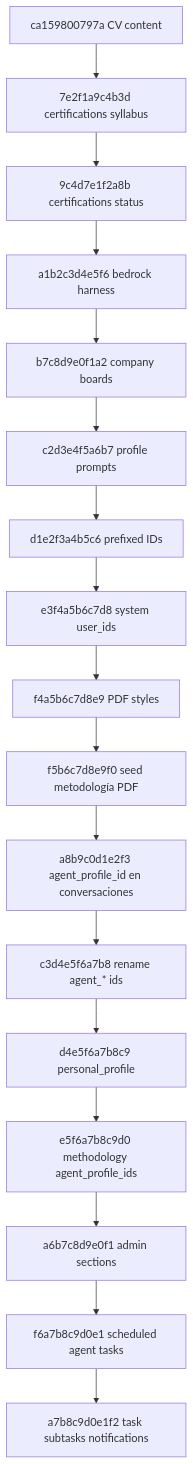
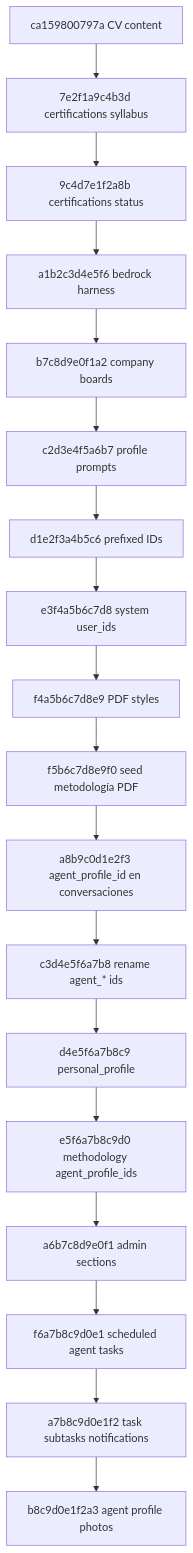
One commit to cjhirashi/cjhirashi-career changed the diagram in cjhirashi-career-api/alembic/versions/README.md. Above: the diagram before and after it, drawn with Mermaid. The commit also changed other lines of this file and 32 other files, not shown here.

````diff
--- a/cjhirashi-career-api/alembic/versions/README.md
+++ b/cjhirashi-career-api/alembic/versions/README.md
@@ -7,19 +7,20 @@
 ```mermaid
 flowchart TD
     A[ca159800797a CV content] --> B[7e2f1a9c4b3d certifications syllabus]
     B --> C[9c4d7e1f2a8b certifications status]
     C --> D[a1b2c3d4e5f6 bedrock harness]
     D --> E[b7c8d9e0f1a2 company boards]
     E --> F[c2d3e4f5a6b7 profile prompts]
     F --> G[d1e2f3a4b5c6 prefixed IDs]
     G --> H[e3f4a5b6c7d8 system user_ids]
     H --> I[f4a5b6c7d8e9 PDF styles]
     I --> J[f5b6c7d8e9f0 seed metodología PDF]
     J --> K[a8b9c0d1e2f3 agent_profile_id en conversaciones]
     K --> L[c3d4e5f6a7b8 rename agent_* ids]
     L --> M[d4e5f6a7b8c9 personal_profile]
     M --> N[e5f6a7b8c9d0 methodology agent_profile_ids]
     N --> O[a6b7c8d9e0f1 admin sections]
     O --> P[f6a7b8c9d0e1 scheduled agent tasks]
     P --> Q[a7b8c9d0e1f2 task subtasks notifications]
+    Q --> R[b8c9d0e1f2a3 agent profile photos]
 ```
````
